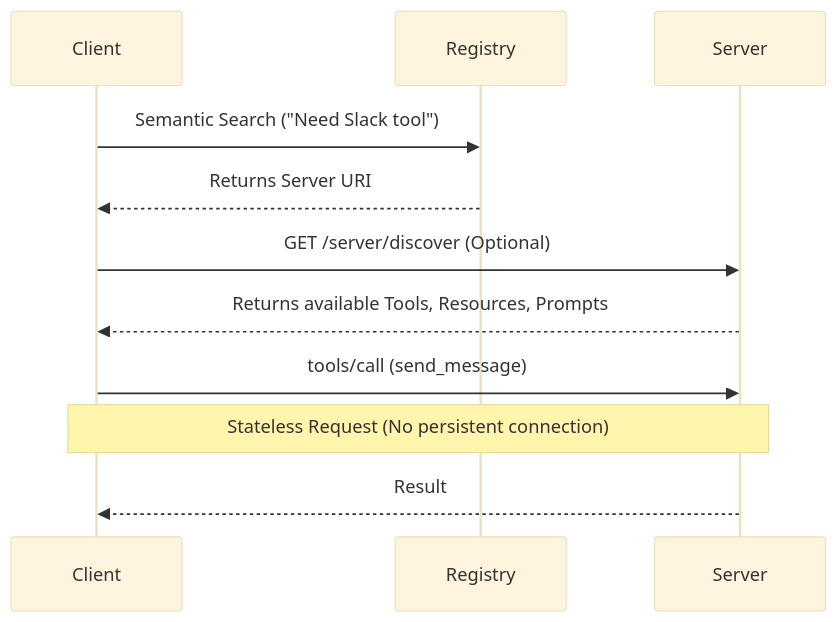
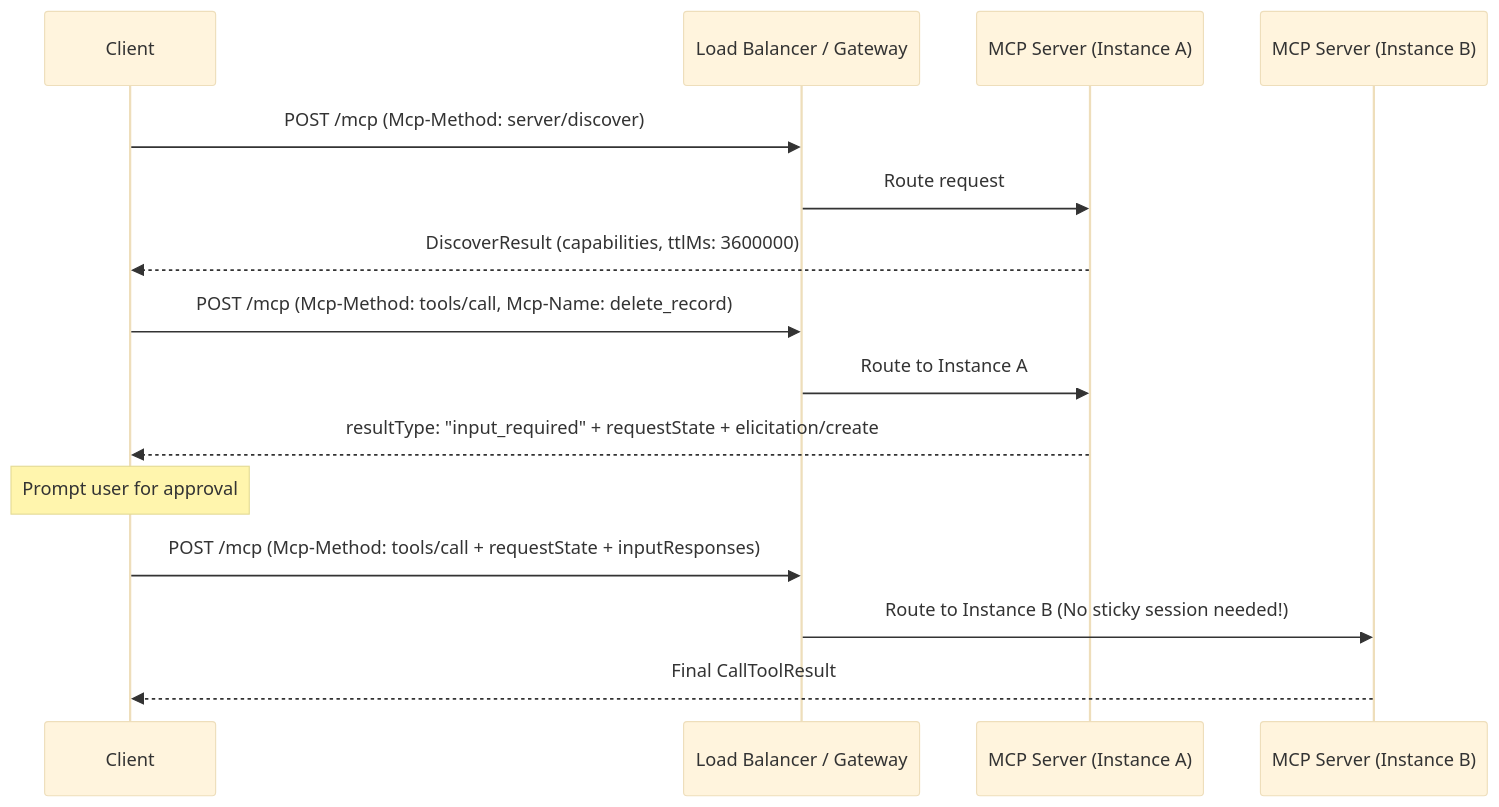
Before and after one commit to imagarg01/LearningStuff: the fifth of 7 diagrams in docs/AI/MCP/01_architecture.md, drawn with Mermaid (base theme). The commit also changed other lines of this file and 29 other files, not shown here.

````diff
--- a/docs/AI/MCP/01_architecture.md
+++ b/docs/AI/MCP/01_architecture.md
@@ -174,16 +272,21 @@
 ```mermaid
 sequenceDiagram
     participant Client
-    participant Registry
-    participant Server
+    participant Gateway as Load Balancer / Gateway
+    participant ServerA as MCP Server (Instance A)
+    participant ServerB as MCP Server (Instance B)
     
-    Client->>Registry: Semantic Search ("Need Slack tool")
-    Registry-->>Client: Returns Server URI
+    Client->>Gateway: POST /mcp (Mcp-Method: server/discover)
+    Gateway->>ServerA: Route request
+    ServerA-->>Client: DiscoverResult (capabilities, ttlMs: 3600000)
     
-    Client->>Server: GET /server/discover (Optional)
-    Server-->>Client: Returns available Tools, Resources, Prompts
+    Client->>Gateway: POST /mcp (Mcp-Method: tools/call, Mcp-Name: delete_record)
+    Gateway->>ServerA: Route to Instance A
+    ServerA-->>Client: resultType: "input_required" + requestState + elicitation/create
     
-    Client->>Server: tools/call (send_message)
-    Note over Client,Server: Stateless Request (No persistent connection)
-    Server-->>Client: Result
+    Note over Client: Prompt user for approval
+    
+    Client->>Gateway: POST /mcp (Mcp-Method: tools/call + requestState + inputResponses)
+    Gateway->>ServerB: Route to Instance B (No sticky session needed!)
+    ServerB-->>Client: Final CallToolResult
 ```
````
